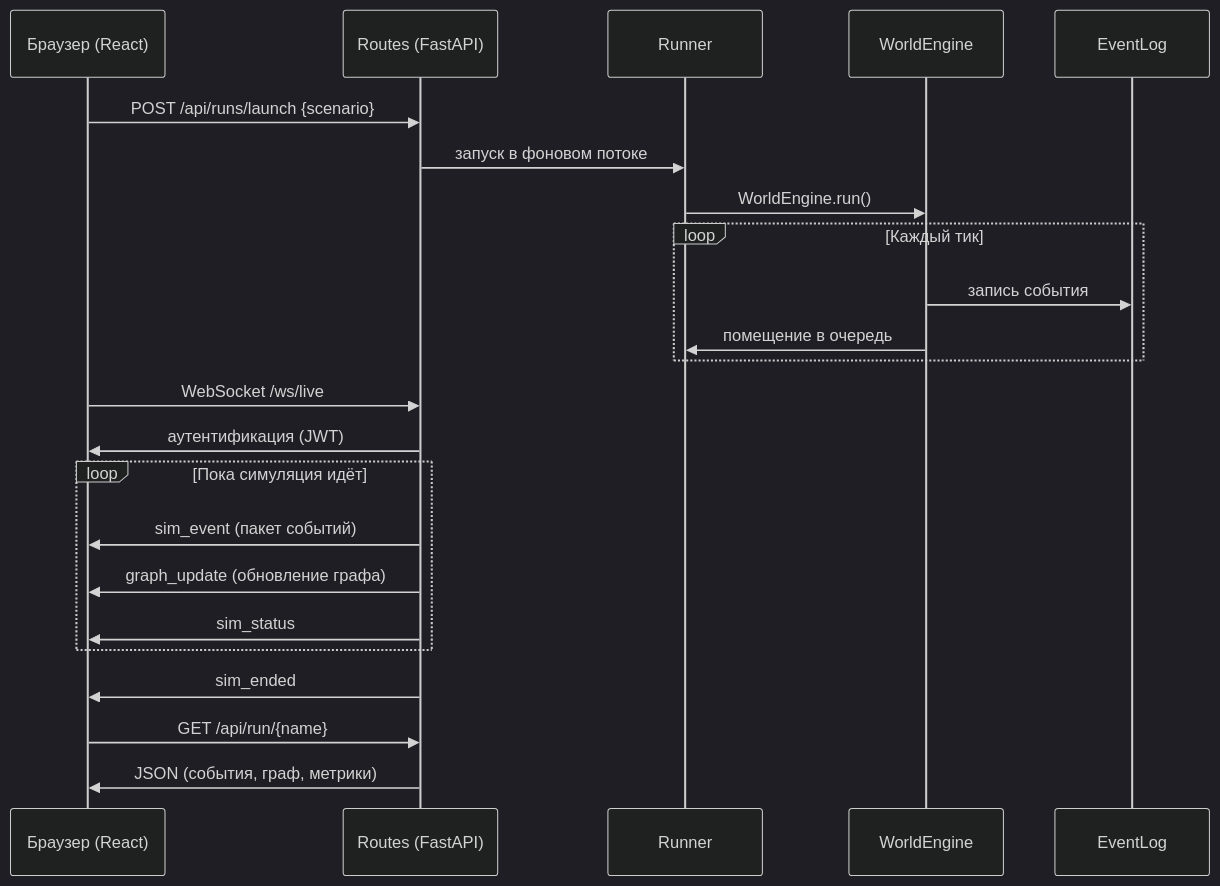
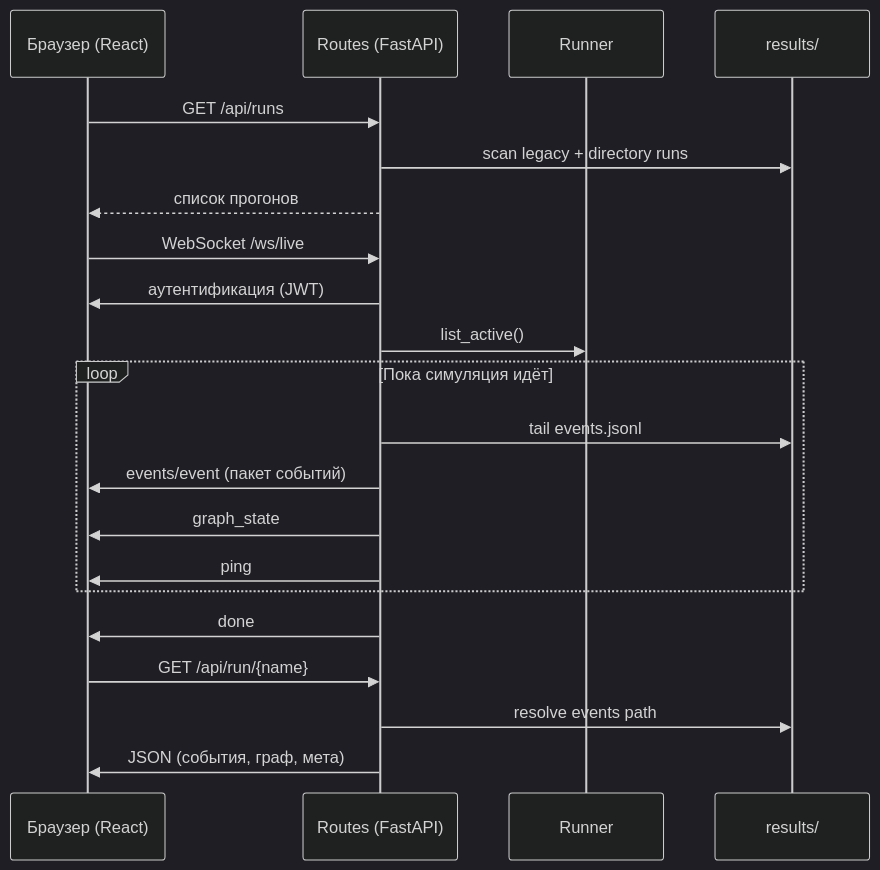
Before and after one commit to gliseop/SPHERE: the third of 3 diagrams in docs/architecture_guide.md, drawn with Mermaid (dark theme). The commit also changed 23 other files, not shown here.

First line of the commit message:
feat: enhance run artifact handling and update web API documentation

````diff
--- a/docs/architecture_guide.md
+++ b/docs/architecture_guide.md
@@ -162,31 +162,28 @@
 ```mermaid
 sequenceDiagram
     participant Б as Браузер (React)
     participant R as Routes (FastAPI)
     participant Run as Runner
-    participant E as WorldEngine
-    participant EL as EventLog
+    participant FS as results/
 
-    Б->>R: POST /api/runs/launch {scenario}
-    R->>Run: запуск в фоновом потоке
-    Run->>E: WorldEngine.run()
-
-    loop Каждый тик
-        E->>EL: запись события
-        E->>Run: помещение в очередь
-    end
+    Б->>R: GET /api/runs
+    R->>FS: scan legacy + directory runs
+    R-->>Б: список прогонов
 
     Б->>R: WebSocket /ws/live
     R->>Б: аутентификация (JWT)
+    R->>Run: list_active()
 
     loop Пока симуляция идёт
-        R->>Б: sim_event (пакет событий)
-        R->>Б: graph_update (обновление графа)
-        R->>Б: sim_status
+        R->>FS: tail events.jsonl
+        R->>Б: events/event (пакет событий)
+        R->>Б: graph_state
+        R->>Б: ping
     end
 
-    R->>Б: sim_ended
+    R->>Б: done
 
     Б->>R: GET /api/run/{name}
-    R->>Б: JSON (события, граф, метрики)
+    R->>FS: resolve events path
+    R->>Б: JSON (события, граф, мета)
 ```
````
